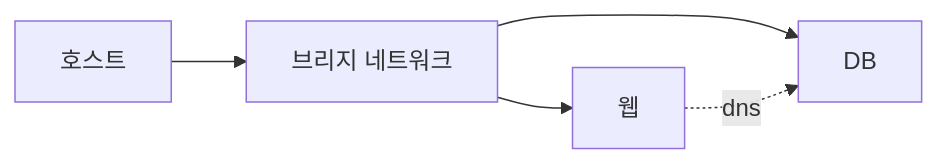
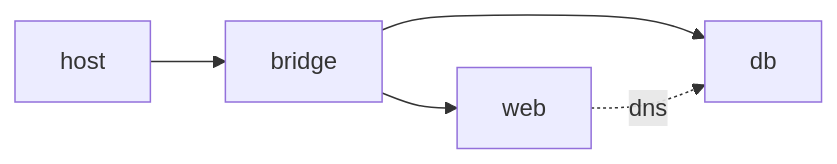
Before and after one commit to yeongseon-books/book-content: the diagram in content/containers-101/ko/06-network.md, drawn with Mermaid. The commit also changed other lines of this file and 9 other files, not shown here.

````diff
--- a/content/containers-101/ko/06-network.md
+++ b/content/containers-101/ko/06-network.md
@@ -47,7 +45,7 @@
 ```mermaid
 flowchart LR
-    Host["호스트"] --> Bridge["브리지 네트워크"]
-    Bridge --> C1["웹"]
-    Bridge --> C2["DB"]
+    Host["host"] --> Bridge["bridge"]
+    Bridge --> C1["web"]
+    Bridge --> C2["db"]
     C1 -. dns .-> C2
 ```
````
